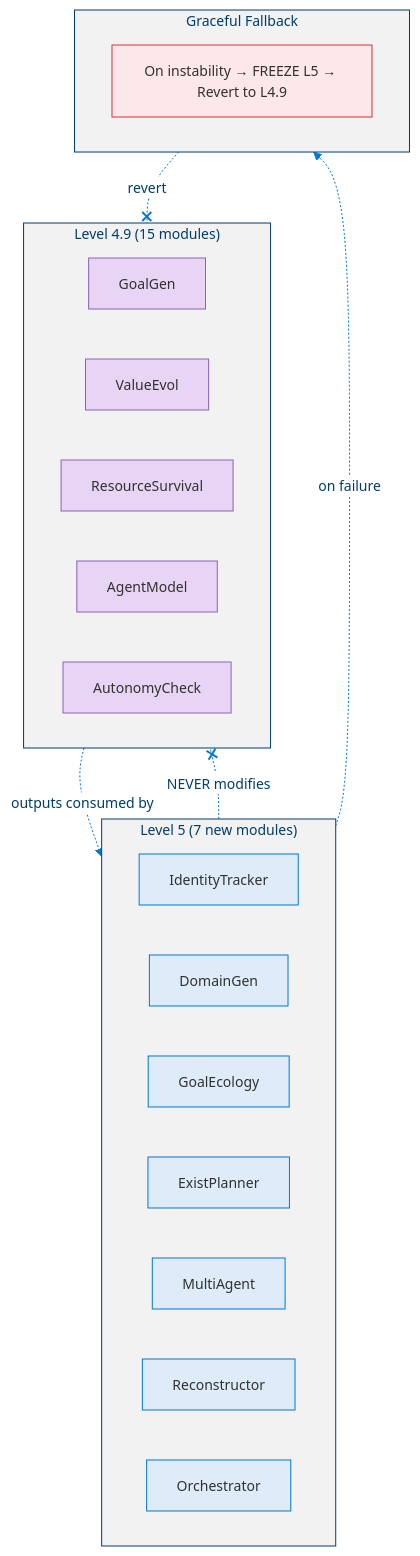
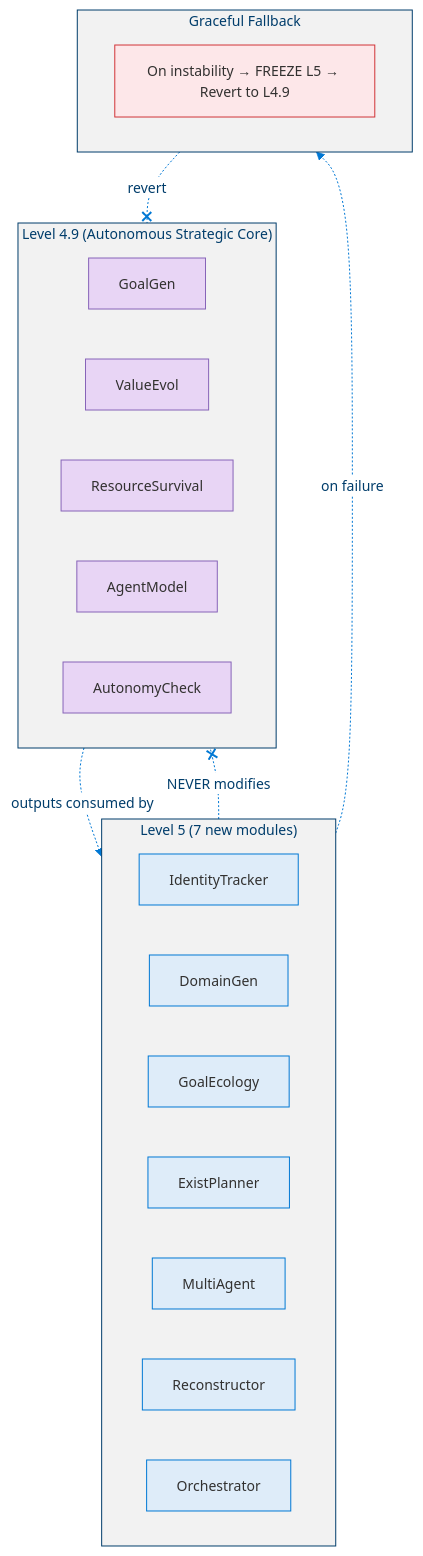
Before and after one commit to dotnetpower/mscp: the second of 16 diagrams in docs/levels/Level_5_Proto_AGI.md, drawn with Mermaid. The commit also changed other lines of this file and 16 other files, not shown here.

````diff
--- a/docs/levels/Level_5_Proto_AGI.md
+++ b/docs/levels/Level_5_Proto_AGI.md
@@ -89,37 +90,37 @@
 ```mermaid
 %%{init: {'theme': 'base', 'themeVariables': {'primaryColor': '#0078D4', 'primaryTextColor': '#003D6B', 'primaryBorderColor': '#003D6B', 'secondaryColor': '#50E6FF', 'secondaryTextColor': '#323130', 'secondaryBorderColor': '#00BCF2', 'tertiaryColor': '#F2F2F2', 'tertiaryTextColor': '#323130', 'lineColor': '#0078D4', 'textColor': '#323130', 'mainBkg': '#DEECF9', 'nodeBorder': '#0078D4', 'clusterBkg': '#F2F2F2', 'clusterBorder': '#003D6B', 'titleColor': '#003D6B', 'edgeLabelBackground': '#FFFFFF', 'fontSize': '14px'}}}%%
 flowchart TB
   classDef l49 fill:#E8D5F5,stroke:#8764B8,color:#323130
   classDef l5 fill:#DEECF9,stroke:#0078D4,color:#323130
   classDef danger fill:#FDE7E9,stroke:#D13438,color:#323130
 
-  subgraph L49M["Level 4.9 (15 modules)"]
+  subgraph L49M["Level 4.9 (Autonomous Strategic Core)"]
     direction LR
     GGL["GoalGen"]:::l49
     VEM["ValueEvol"]:::l49
     RSM["ResourceSurvival"]:::l49
     MAM["AgentModel"]:::l49
     ASC["AutonomyCheck"]:::l49
   end
 
   subgraph L5M["Level 5 (7 new modules)"]
     direction LR
     ICT["IdentityTracker"]:::l5
     CDG["DomainGen"]:::l5
     GE["GoalEcology"]:::l5
     EP["ExistPlanner"]:::l5
     SMA["MultiAgent"]:::l5
     SR["Reconstructor"]:::l5
     L5O["Orchestrator"]:::l5
   end
 
   subgraph Fallback["Graceful Fallback"]
     direction LR
     FB2["On instability → FREEZE L5 → Revert to L4.9"]:::danger
   end
 
   L49M -.->|"outputs consumed by"| L5M
   L5M -.-x|"NEVER modifies"| L49M
   L5M -.->|"on failure"| Fallback
   Fallback -.-x|"revert"| L49M
 ```
````
